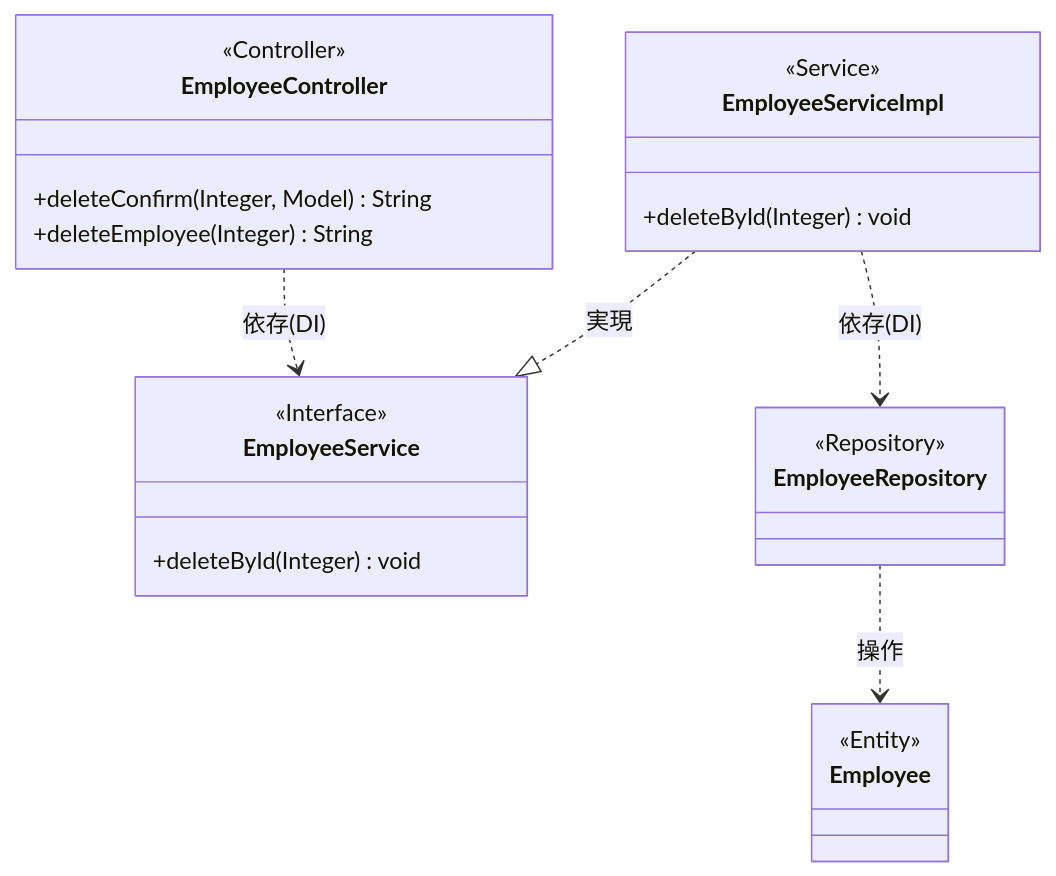
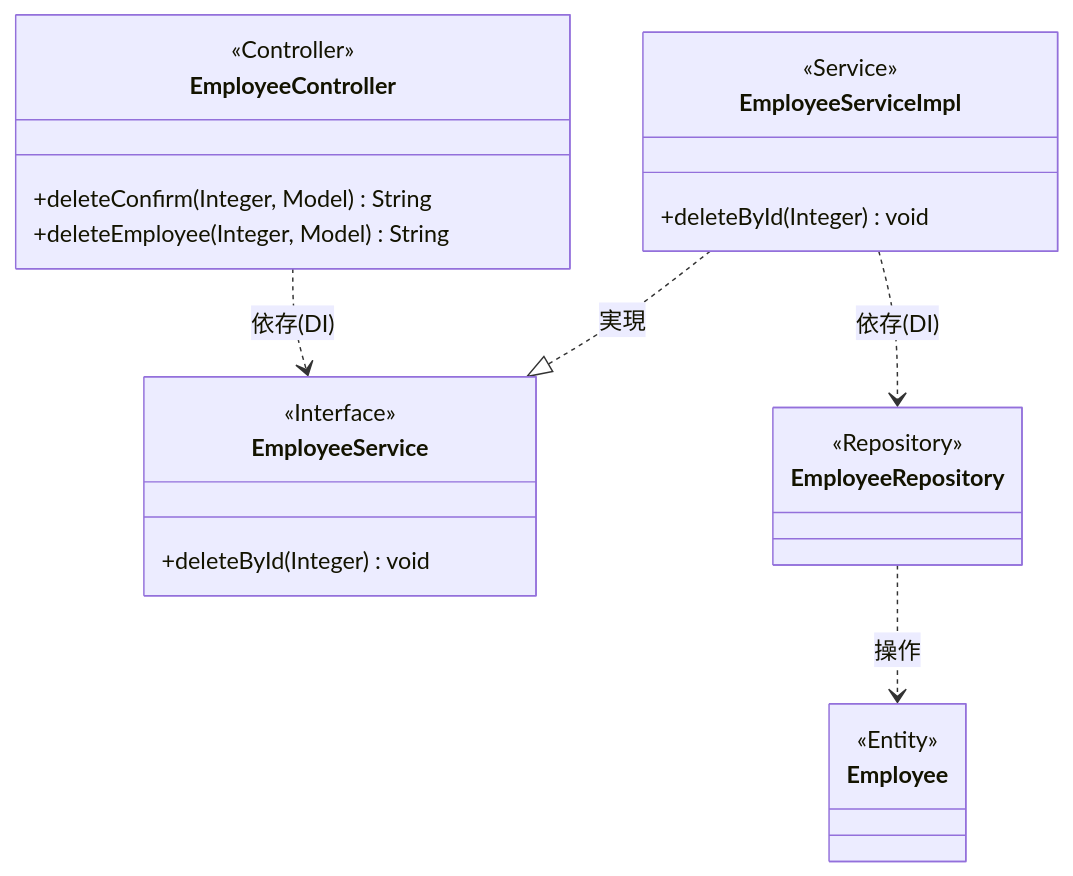
Before and after one commit to juyeongjung1/NewEIMS: diagram 19 of 25 in EIMS_Comprehensive_Exercise_Guide.md, drawn with Mermaid. The commit also changed other lines of this file and 8 other files, not shown here.

````diff
--- a/EIMS_Comprehensive_Exercise_Guide.md
+++ b/EIMS_Comprehensive_Exercise_Guide.md
@@ -1370,23 +1370,23 @@
 ```mermaid
 classDiagram
     class EmployeeController {
         <<Controller>>
         +deleteConfirm(Integer, Model) String
-        +deleteEmployee(Integer) String
+        +deleteEmployee(Integer, Model) String
     }
     class EmployeeService {
         <<Interface>>
         +deleteById(Integer) void
     }
     class EmployeeServiceImpl {
         <<Service>>
         +deleteById(Integer) void
     }
     class EmployeeRepository { <<Repository>> }
     class Employee { <<Entity>> }
 
     EmployeeController ..> EmployeeService : 依存(DI)
     EmployeeServiceImpl ..|> EmployeeService : 実現
     EmployeeServiceImpl ..> EmployeeRepository : 依存(DI)
     EmployeeRepository ..> Employee : 操作
 ```
````
